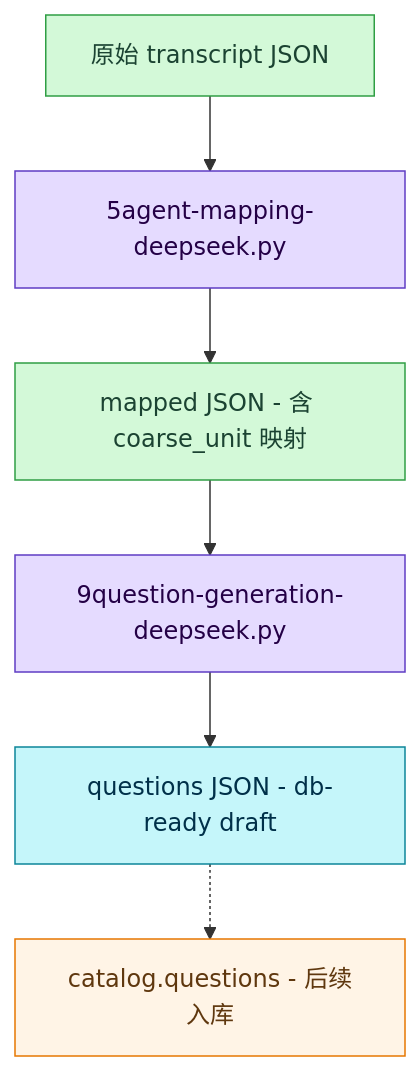
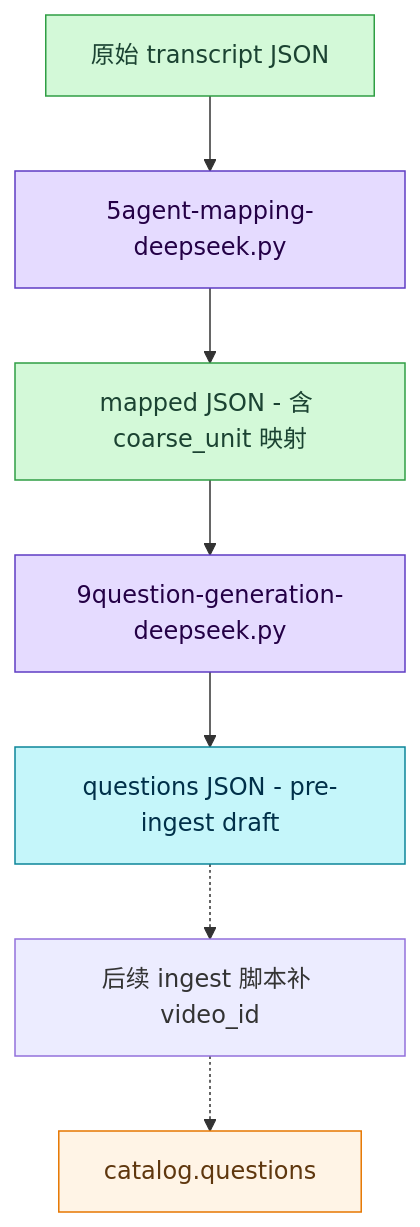
One commit to acquisit-ai/simple-audio-processing changed the first of 6 diagrams in 题目生成流程.md. Above: the diagram before and after it, drawn with Mermaid. The commit also changed other lines of this file and 6 other files, not shown here.

````diff
--- a/题目生成流程.md
+++ b/题目生成流程.md
@@ -34,18 +34,19 @@
 ```mermaid
 graph TB
     raw["原始 transcript JSON"] --> mapping["5agent-mapping-deepseek.py"]
     mapping --> mapped["mapped JSON - 含 coarse_unit 映射"]
     mapped --> question["9question-generation-deepseek.py"]
-    question --> output["questions JSON - db-ready draft"]
-    output -.-> catalog["catalog.questions - 后续入库"]
+    question --> output["questions JSON - pre-ingest draft"]
+    output -.-> ingest["后续 ingest 脚本补 video_id"]
+    ingest -.-> catalog["catalog.questions"]
 
     classDef input fill:#d3f9d8,stroke:#2f9e44,color:#1b4332;
     classDef process fill:#e5dbff,stroke:#5f3dc4,color:#240046;
     classDef output fill:#c5f6fa,stroke:#0c8599,color:#003049;
     classDef storage fill:#fff4e6,stroke:#e67700,color:#5f370e;
 
     class raw,mapped input;
     class mapping,question process;
     class output output;
     class catalog storage;
 ```
````
